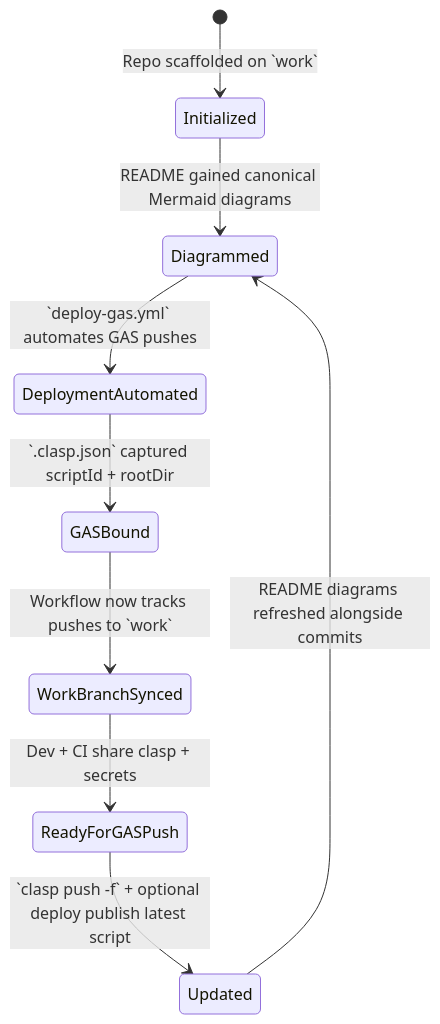
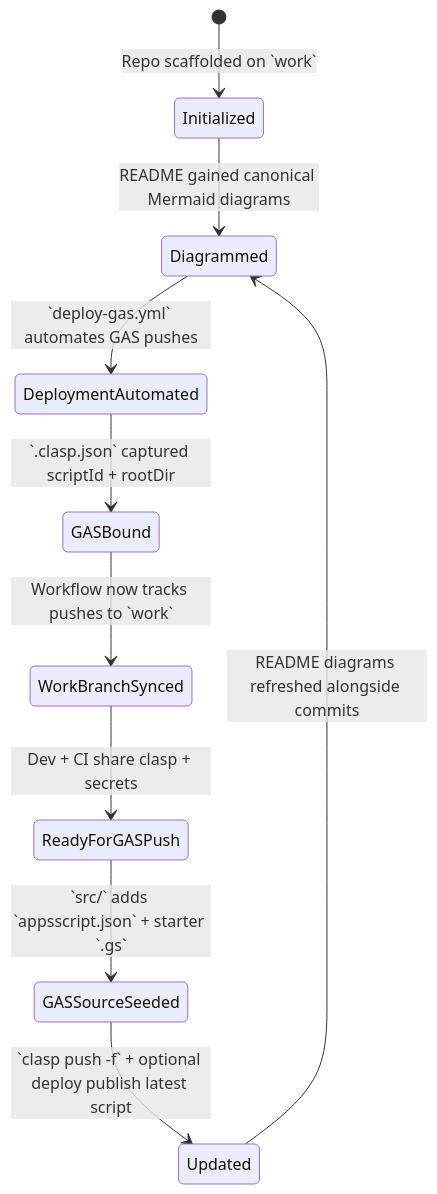
Before and after one commit to muyueh/test-clasp: the second of 5 diagrams in README.md, drawn with Mermaid. The commit also changed other lines of this file and 2 other files, not shown here.

Commit message:
Add Apps Script manifest and sample code

````diff
--- a/README.md
+++ b/README.md
@@ -30,11 +31,12 @@
 ```mermaid
 stateDiagram-v2
     [*] --> Initialized: Repo scaffolded on `work`
     Initialized --> Diagrammed: README gained canonical Mermaid diagrams
     Diagrammed --> DeploymentAutomated: `deploy-gas.yml` automates GAS pushes
     DeploymentAutomated --> GASBound: `.clasp.json` captured scriptId + rootDir
     GASBound --> WorkBranchSynced: Workflow now tracks pushes to `work`
     WorkBranchSynced --> ReadyForGASPush: Dev + CI share clasp + secrets
-    ReadyForGASPush --> Updated: `clasp push -f` + optional deploy publish latest script
+    ReadyForGASPush --> GASSourceSeeded: `src/` adds `appsscript.json` + starter `.gs`
+    GASSourceSeeded --> Updated: `clasp push -f` + optional deploy publish latest script
     Updated --> Diagrammed: README diagrams refreshed alongside commits
 ```
````
